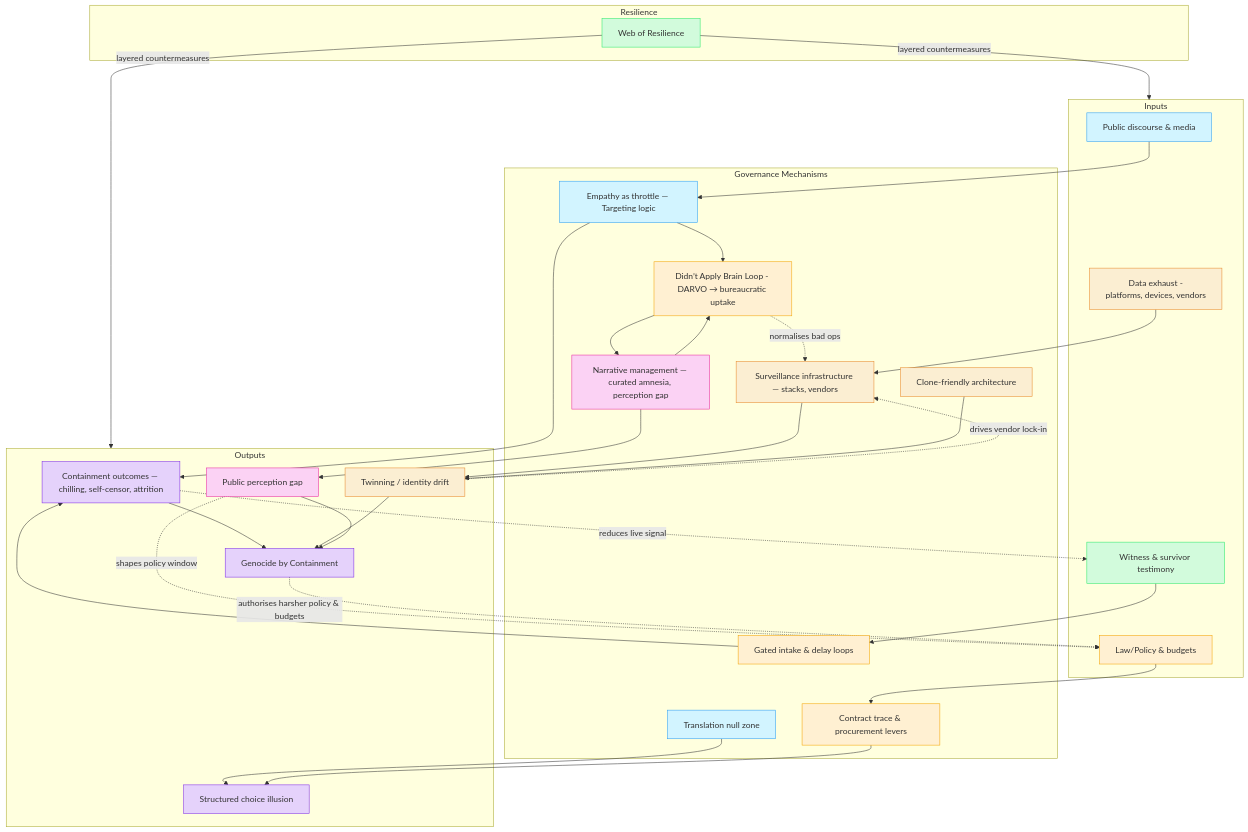
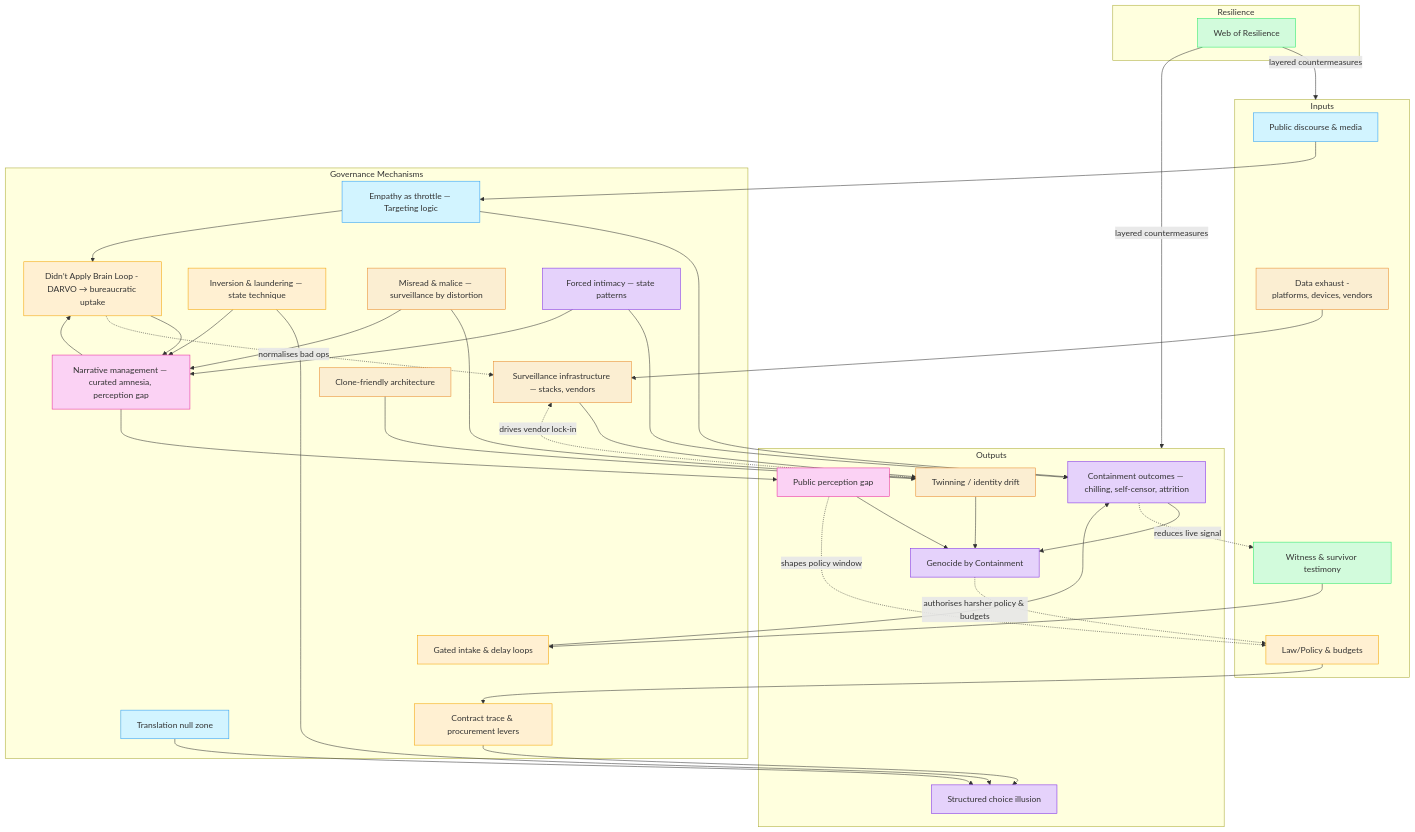
The diagram in Disruption_Kit/Big_Picture_Protocols/🌀_System_Governance/README.md (josefsbreakfast/Polaris-Protocol), drawn with Mermaid before and after one commit. The commit also changed other lines of this file, not shown here.

````diff
--- a/Disruption_Kit/Big_Picture_Protocols/🌀_System_Governance/README.md
+++ b/Disruption_Kit/Big_Picture_Protocols/🌀_System_Governance/README.md
@@ -116,6 +182,9 @@
     S[Surveillance infrastructure — stacks, vendors]:::cve
     A[Clone-friendly architecture]:::cve
     B[Didn’t Apply Brain Loop - DARVO → bureaucratic uptake]:::bureaucratic
+    I[Inversion & laundering — state technique]:::bureaucratic
+    M[Misread & malice — surveillance by distortion]:::cve
+    F[Forced intimacy — state patterns]:::ethics
   end
 
   subgraph OUT[Outputs]
@@ -144,12 +213,18 @@
   N --> O4
   S --> O3
   A --> O3
+  I --> O2
+  M --> O3
+  F --> O1
 
   %% New mechanism interactions
   N --> B
   E --> B
   B --> N
   B -.->|normalises bad ops| S
+  I --> N
+  M --> N
+  F --> N
 
   %% Genocide by Containment composition
   O1 --> O5
@@ -174,5 +249,4 @@
   classDef safeguarding fill:#d2fbdc,stroke:#2ae86a,stroke-width:1px;
   classDef cve fill:#fbeed2,stroke:#e88a2a,stroke-width:1px;
 
-
 ```
````
